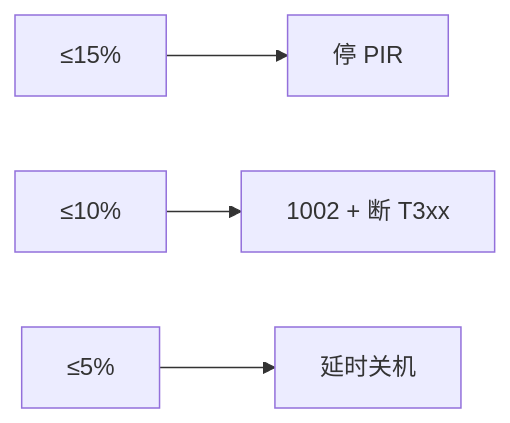
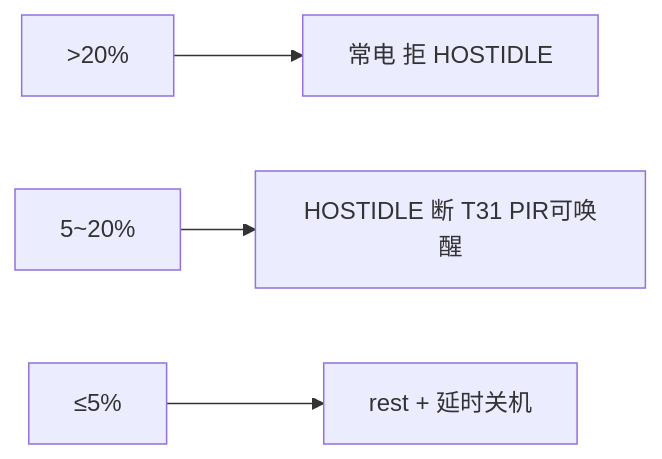
One commit to dzr1986/AIR780EHM changed the diagram in doc/CONFIG.md. Above: the diagram before and after it, drawn with Mermaid. The commit also changed other lines of this file and 11 other files, not shown here.

````diff
--- a/doc/CONFIG.md
+++ b/doc/CONFIG.md
@@ -139,6 +142,6 @@
 ```mermaid
 flowchart LR
-    A[≤15%] --> B[停 PIR]
-    C[≤10%] --> D[1002 + 断 T3xx]
-    E[≤5%] --> F[延时关机]
+    A[>20%] --> B[常电 拒 HOSTIDLE]
+    C[5~20%] --> D[HOSTIDLE 断 T31 PIR可唤醒]
+    E[≤5%] --> F[rest + 延时关机]
 ```
````
